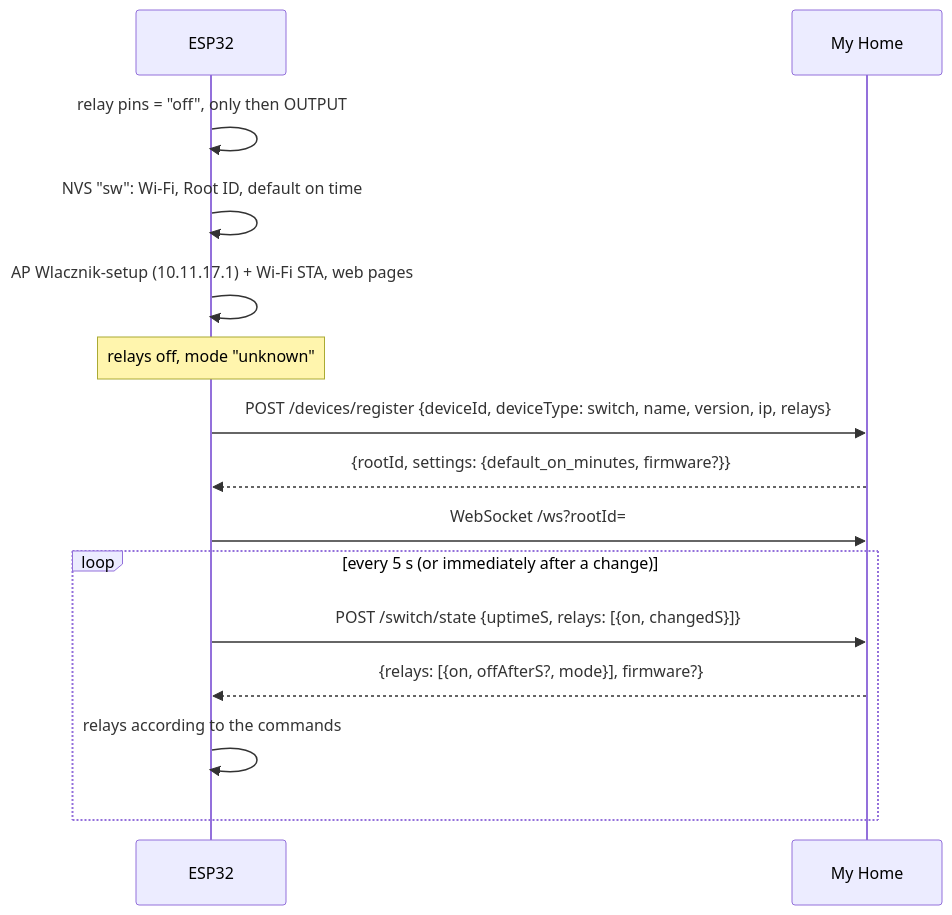
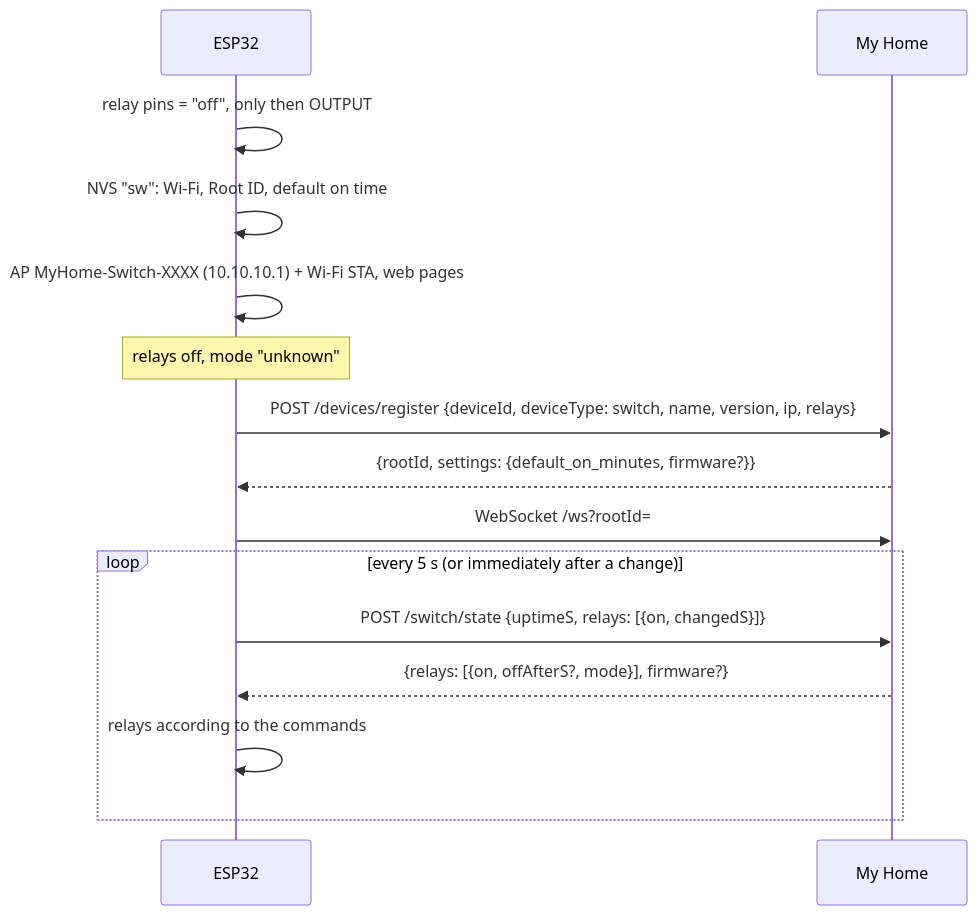
The first of 4 diagrams in devices/switch/docs/en/2-how-it-works.md (robertorlowski/chpc-web), drawn with Mermaid before and after one commit. The commit also changed other lines of this file and 25 other files, not shown here.

First line of the commit message:
Dokumentacja: punkty dostępowe sterowników MyHome-<rodzaj>-XXXX pod 10.10.10.1

````diff
--- a/devices/switch/docs/en/2-how-it-works.md
+++ b/devices/switch/docs/en/2-how-it-works.md
@@ -7,17 +7,17 @@
 ```mermaid
 sequenceDiagram
     participant E as ESP32
     participant S as My Home
     E->>E: relay pins = "off", only then OUTPUT
     E->>E: NVS "sw": Wi-Fi, Root ID, default on time
-    E->>E: AP Wlacznik-setup (10.11.17.1) + Wi-Fi STA, web pages
+    E->>E: AP MyHome-Switch-XXXX (10.10.10.1) + Wi-Fi STA, web pages
     Note over E: relays off, mode "unknown"
     E->>S: POST /devices/register {deviceId, deviceType: switch, name, version, ip, relays}
     S-->>E: {rootId, settings: {default_on_minutes, firmware?}}
     E->>S: WebSocket /ws?rootId=
     loop every 5 s (or immediately after a change)
         E->>S: POST /switch/state {uptimeS, relays: [{on, changedS}]}
         S-->>E: {relays: [{on, offAfterS?, mode}], firmware?}
         E->>E: relays according to the commands
     end
 ```
````
